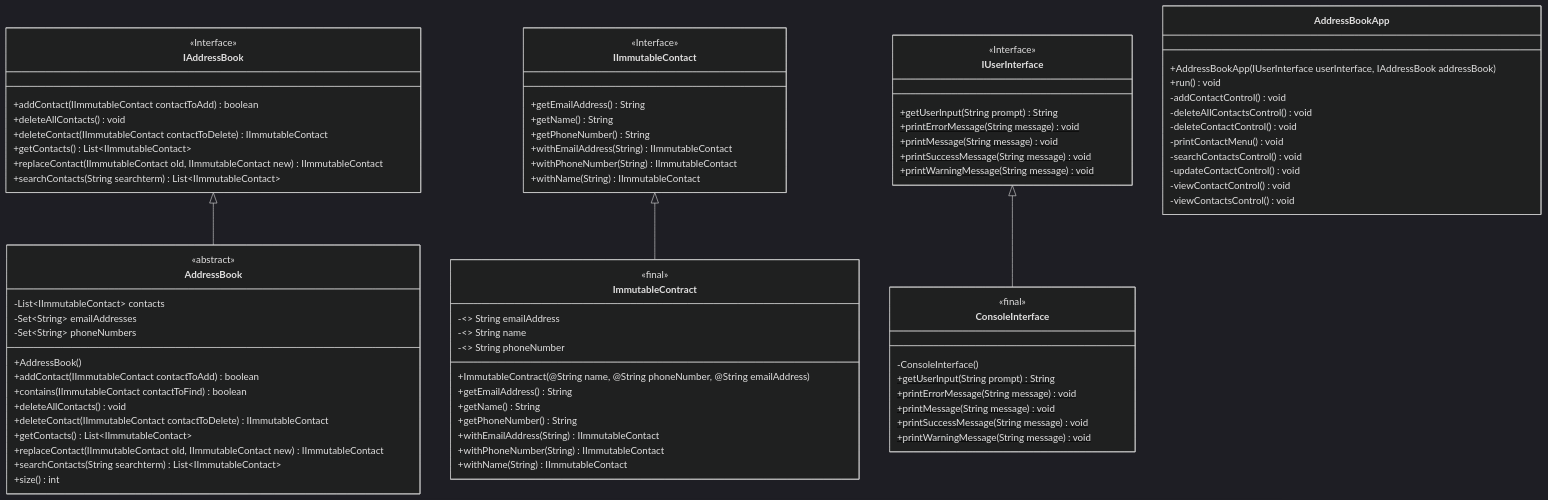
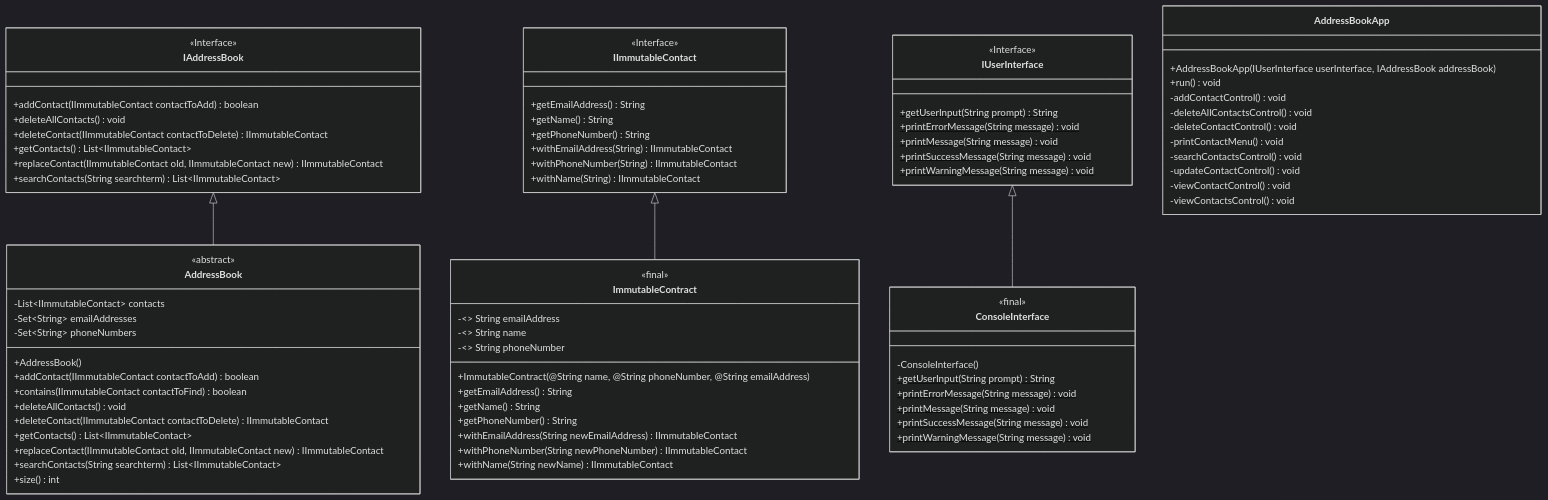
One commit to turnerbenjamin/address-book changed the diagram in docs/class-diagram.md. Above: the diagram before and after it, drawn with Mermaid (dark theme). The commit also changed 4 other files, not shown here.

```diff
--- a/docs/class-diagram.md
+++ b/docs/class-diagram.md
@@ -44,9 +44,9 @@
         +getEmailAddress() String
         +getName() String
         +getPhoneNumber() String
-        +withEmailAddress(String) IImmutableContact
-        +withPhoneNumber(String) IImmutableContact
-        +withName(String) IImmutableContact
+        +withEmailAddress(String newEmailAddress) IImmutableContact
+        +withPhoneNumber(String newPhoneNumber) IImmutableContact
+        +withName(String newName) IImmutableContact
     }
      IImmutableContact <|-- ImmutableContract
      
```
